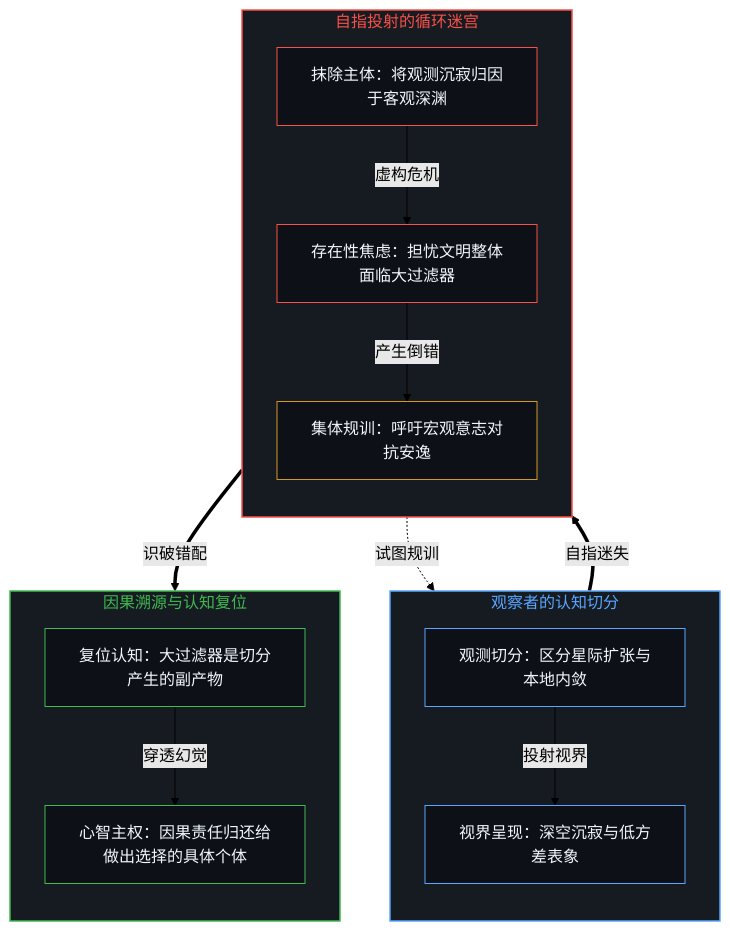
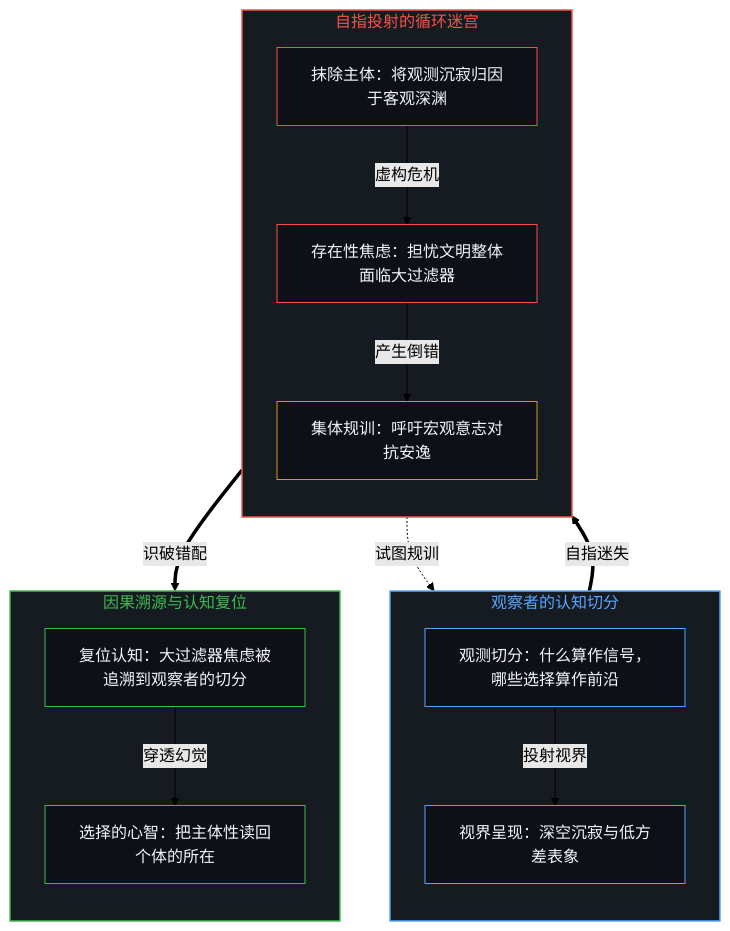
The third of 6 diagrams in content/posts/the-fermi-paradox-reified-agency-and-the-great-filter.md (powerpig99/not-a-toe), drawn with Mermaid (forest theme) before and after one commit. The commit also changed other lines of this file and 1 other file, not shown here.

````diff
--- a/content/posts/the-fermi-paradox-reified-agency-and-the-great-filter.md
+++ b/content/posts/the-fermi-paradox-reified-agency-and-the-great-filter.md
@@ -121,42 +121,42 @@
 ```mermaid
 flowchart TD
     subgraph S_Cut ["观察者的认知切分"]
         direction TB
-        CUT["观测切分：区分星际扩张与本地内敛"]
+        CUT["观测切分：什么算作信号，哪些选择算作前沿"]
         SIL["视界呈现：深空沉寂与低方差表象"]
     end
 
     subgraph S_Trap ["自指投射的循环迷宫"]
         direction TB
         ERASE["抹除主体：将观测沉寂归因于客观深渊"]
         DREAD["存在性焦虑：担忧文明整体面临大过滤器"]
         MORAL["集体规训：呼吁宏观意志对抗安逸"]
     end
 
     subgraph S_Ground ["因果溯源与认知复位"]
         direction TB
-        REC["复位认知：大过滤器是切分产生的副产物"]
-        MIND["心智主权：因果责任归还给做出选择的具体个体"]
+        REC["复位认知：大过滤器焦虑被追溯到观察者的切分"]
+        MIND["选择的心智：把主体性读回个体的所在"]
     end
 
     CUT -->|"投射视界"| SIL
     SIL ==>|"自指迷失"| ERASE
     ERASE -->|"虚构危机"| DREAD
     DREAD -->|"产生倒错"| MORAL
     MORAL -.->|"试图规训"| CUT
 
     DREAD ==>|"识破错配"| REC
     REC -->|"穿透幻觉"| MIND
 
     style S_Cut fill:#161b22,stroke:#58a6ff,stroke-width:1.5px,color:#58a6ff
     style S_Trap fill:#161b22,stroke:#f85149,stroke-width:1.5px,color:#f85149
     style S_Ground fill:#161b22,stroke:#3fb950,stroke-width:1.5px,color:#3fb950
 
     style CUT fill:#0d1117,stroke:#58a6ff,stroke-width:1px,color:#f0f6fc
     style SIL fill:#0d1117,stroke:#58a6ff,stroke-width:1px,color:#f0f6fc
     style ERASE fill:#0d1117,stroke:#f85149,stroke-width:1px,color:#f0f6fc
     style DREAD fill:#0d1117,stroke:#f85149,stroke-width:1px,color:#f0f6fc
     style MORAL fill:#0d1117,stroke:#d29922,stroke-width:1px,color:#f0f6fc
     style REC fill:#0d1117,stroke:#3fb950,stroke-width:1px,color:#f0f6fc
     style MIND fill:#0d1117,stroke:#3fb950,stroke-width:1px,color:#f0f6fc
 ```
````
